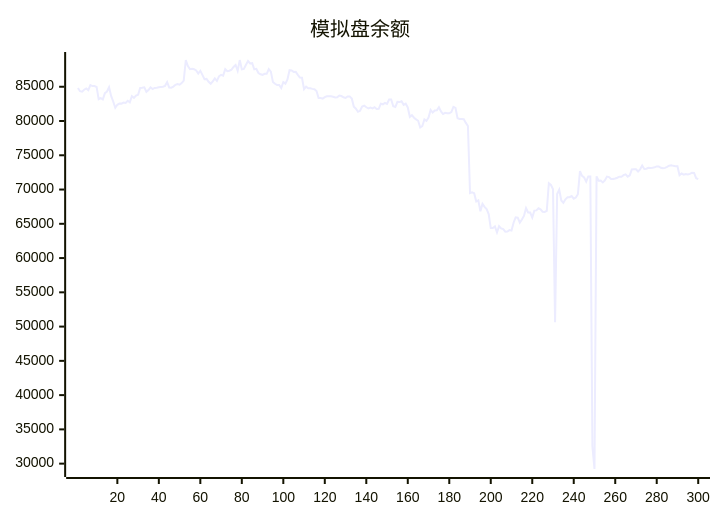
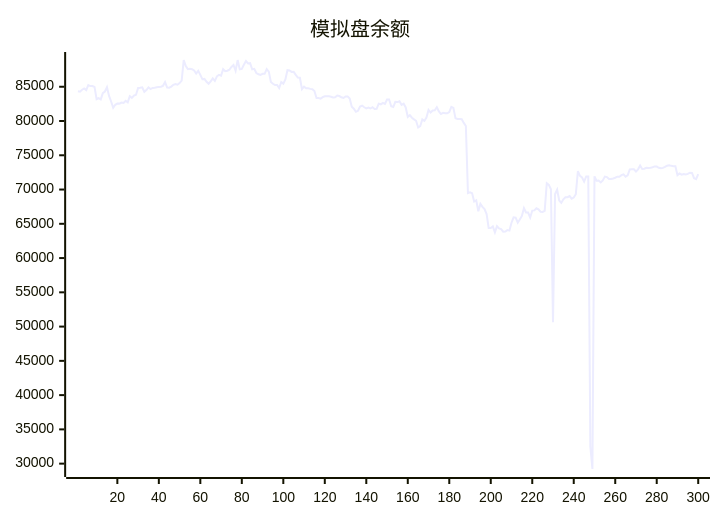
One commit to aahl/ai-trading changed the diagram in README.md. Above: the diagram before and after it, drawn with Mermaid. The commit also changed other lines of this file and 1 other file, not shown here.

````diff
--- a/README.md
+++ b/README.md
@@ -5,5 +5,5 @@
 ```mermaid
 xychart
     title "模拟盘余额"
-    line [84824,84354,84287,84572,84745,84500,85234,85096,85095,84970,83180,83338,83157,84070,84309,84922,83667,82850,81924,82369,82552,82539,82695,82648,82962,82728,83619,83378,83710,83825,84819,84854,84917,84265,84527,84919,84668,84834,84850,84916,84981,85004,85131,85674,84891,84864,85019,85284,85393,85294,85538,85894,88904,88012,87567,87625,87568,87386,86920,87313,86737,86094,86143,85725,85437,85787,86219,85859,86526,86740,86630,87563,87264,87335,87483,87886,88180,87335,88894,87544,87608,88207,88755,88401,88444,87543,87608,87000,86810,86740,86894,86884,87576,87209,85686,85435,85251,85255,84820,85689,85453,86066,87420,87373,87161,87178,86740,86341,86315,84643,85012,84772,84768,84690,84635,84376,83360,83357,83259,83474,83608,83606,83602,83548,83440,83454,83724,83644,83464,83365,83590,83592,83275,82072,81806,81344,81492,82109,82254,82006,81848,81955,81829,82022,81769,81776,82522,82441,82656,82498,83144,83144,82150,82038,82797,82763,82872,82367,82536,81981,80612,80862,80484,80242,80034,79063,79245,80226,80016,80507,81625,81233,81544,81578,82016,81401,81019,81186,81130,81118,81306,82066,81909,80392,80304,80291,80258,79729,79261,69466,69579,69456,68251,68415,66832,67911,67462,67144,66432,64380,64375,64606,63740,64647,64324,64216,63842,63877,64078,64008,65156,65945,65888,65157,65625,66144,67284,66653,66639,65924,66925,66956,67263,67108,66766,66729,66886,70927,70673,70049,50652,69334,69973,68400,68061,68578,68876,68879,69055,68662,68822,69329,72687,71999,71760,71162,71911,71896,32500,29218,71927,71297,71305,71044,71337,71883,71822,71536,71536,71622,71723,71880,71860,72100,72216,71887,72077,72940,72976,72966,72638,72948,73497,73004,73041,73173,73160,73186,73258,73375,73351,73173,73098,73161,73305,73474,73536,73457,73413,73412,72100,72333,72164,72272,72204,72285,72461,72421,71652,71521]
+    line [84354,84287,84572,84745,84500,85234,85096,85095,84970,83180,83338,83157,84070,84309,84922,83667,82850,81924,82369,82552,82539,82695,82648,82962,82728,83619,83378,83710,83825,84819,84854,84917,84265,84527,84919,84668,84834,84850,84916,84981,85004,85131,85674,84891,84864,85019,85284,85393,85294,85538,85894,88904,88012,87567,87625,87568,87386,86920,87313,86737,86094,86143,85725,85437,85787,86219,85859,86526,86740,86630,87563,87264,87335,87483,87886,88180,87335,88894,87544,87608,88207,88755,88401,88444,87543,87608,87000,86810,86740,86894,86884,87576,87209,85686,85435,85251,85255,84820,85689,85453,86066,87420,87373,87161,87178,86740,86341,86315,84643,85012,84772,84768,84690,84635,84376,83360,83357,83259,83474,83608,83606,83602,83548,83440,83454,83724,83644,83464,83365,83590,83592,83275,82072,81806,81344,81492,82109,82254,82006,81848,81955,81829,82022,81769,81776,82522,82441,82656,82498,83144,83144,82150,82038,82797,82763,82872,82367,82536,81981,80612,80862,80484,80242,80034,79063,79245,80226,80016,80507,81625,81233,81544,81578,82016,81401,81019,81186,81130,81118,81306,82066,81909,80392,80304,80291,80258,79729,79261,69466,69579,69456,68251,68415,66832,67911,67462,67144,66432,64380,64375,64606,63740,64647,64324,64216,63842,63877,64078,64008,65156,65945,65888,65157,65625,66144,67284,66653,66639,65924,66925,66956,67263,67108,66766,66729,66886,70927,70673,70049,50652,69334,69973,68400,68061,68578,68876,68879,69055,68662,68822,69329,72687,71999,71760,71162,71911,71896,32500,29218,71927,71297,71305,71044,71337,71883,71822,71536,71536,71622,71723,71880,71860,72100,72216,71887,72077,72940,72976,72966,72638,72948,73497,73004,73041,73173,73160,73186,73258,73375,73351,73173,73098,73161,73305,73474,73536,73457,73413,73412,72100,72333,72164,72272,72204,72285,72461,72421,71652,71521,72267]
 ```
````
